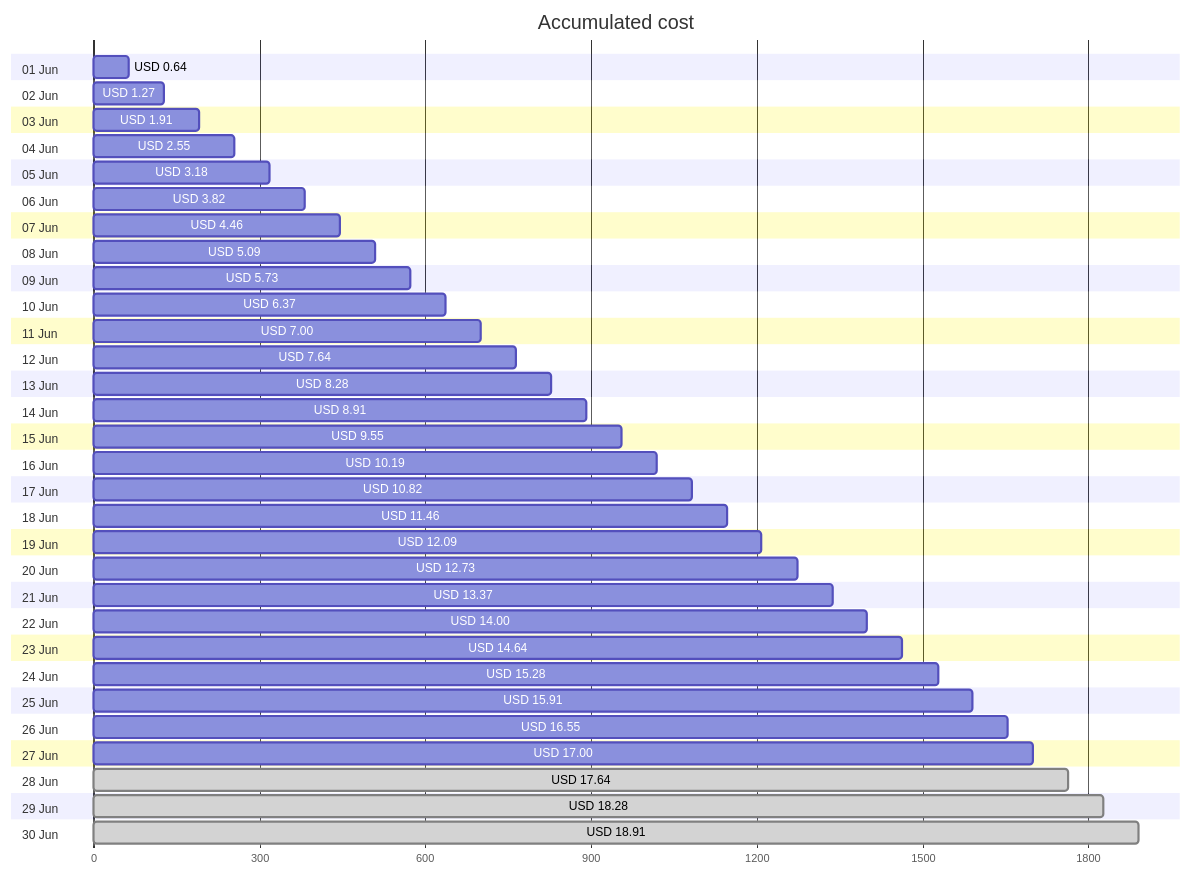
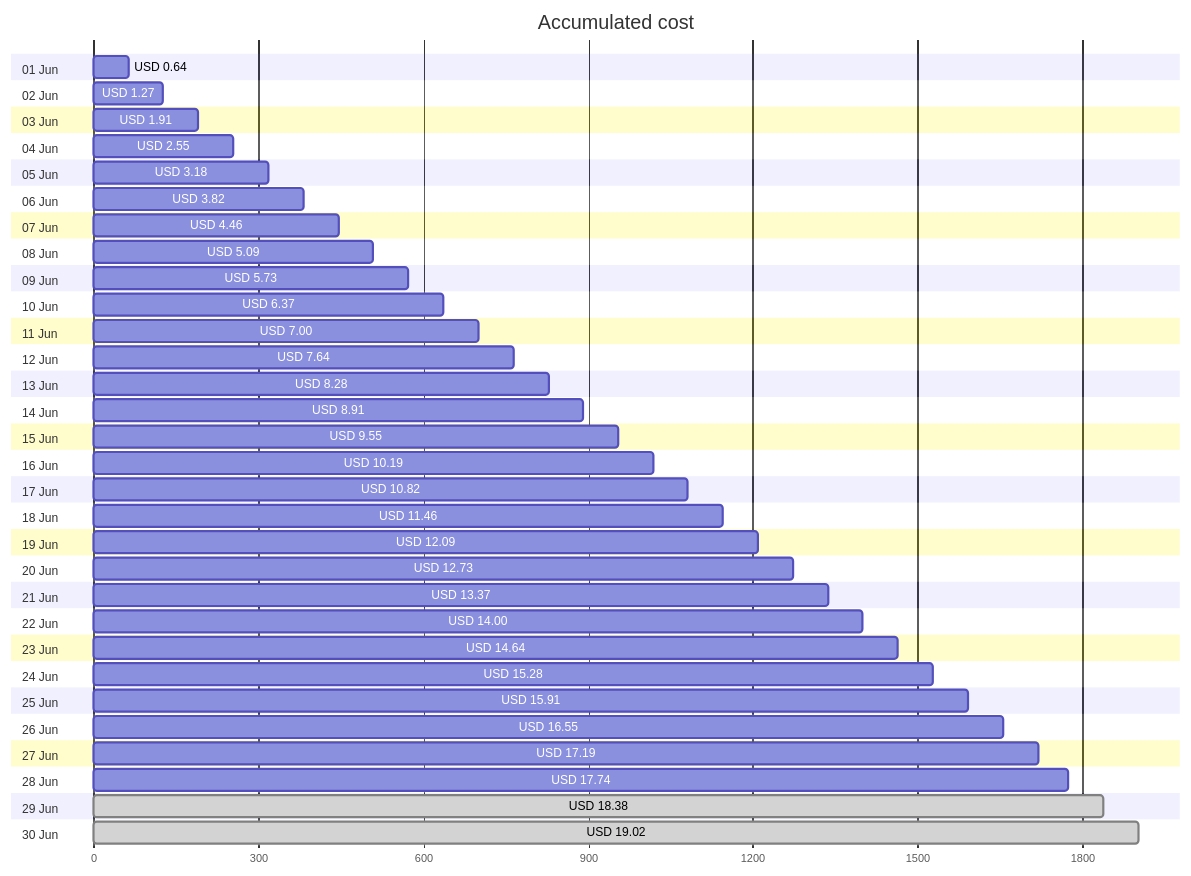
The first of 4 diagrams in cost-reports/accumulated-cost.md (jpfulton/azure-personal-reports), drawn with Mermaid before and after one commit. The commit also changed other lines of this file and 4 other files, not shown here.

````diff
--- a/cost-reports/accumulated-cost.md
+++ b/cost-reports/accumulated-cost.md
@@ -20,66 +20,66 @@
 ```mermaid
 gantt
    title Accumulated cost
    dateFormat  X
    axisFormat %s
    section 01 Jun
    USD 0.64 :0, 64
    section 02 Jun
    USD 1.27 :0, 127
    section 03 Jun
    USD 1.91 :0, 191
    section 04 Jun
    USD 2.55 :0, 255
    section 05 Jun
    USD 3.18 :0, 318
    section 06 Jun
    USD 3.82 :0, 382
    section 07 Jun
    USD 4.46 :0, 446
    section 08 Jun
    USD 5.09 :0, 509
    section 09 Jun
    USD 5.73 :0, 573
    section 10 Jun
    USD 6.37 :0, 637
    section 11 Jun
    USD 7.00 :0, 700
    section 12 Jun
    USD 7.64 :0, 764
    section 13 Jun
    USD 8.28 :0, 828
    section 14 Jun
    USD 8.91 :0, 891
    section 15 Jun
    USD 9.55 :0, 955
    section 16 Jun
    USD 10.19 :0, 1019
    section 17 Jun
    USD 10.82 :0, 1082
    section 18 Jun
    USD 11.46 :0, 1146
    section 19 Jun
    USD 12.09 :0, 1209
    section 20 Jun
    USD 12.73 :0, 1273
    section 21 Jun
    USD 13.37 :0, 1337
    section 22 Jun
    USD 14.00 :0, 1400
    section 23 Jun
    USD 14.64 :0, 1464
    section 24 Jun
    USD 15.28 :0, 1528
    section 25 Jun
    USD 15.91 :0, 1591
    section 26 Jun
    USD 16.55 :0, 1655
    section 27 Jun
-   USD 17.00 :0, 1700
+   USD 17.19 :0, 1719
    section 28 Jun
-   USD 17.64 : done, 0, 1764
+   USD 17.74 :0, 1774
    section 29 Jun
-   USD 18.28 : done, 0, 1828
+   USD 18.38 : done, 0, 1838
    section 30 Jun
-   USD 18.91 : done, 0, 1891
+   USD 19.02 : done, 0, 1902
 ```
````
